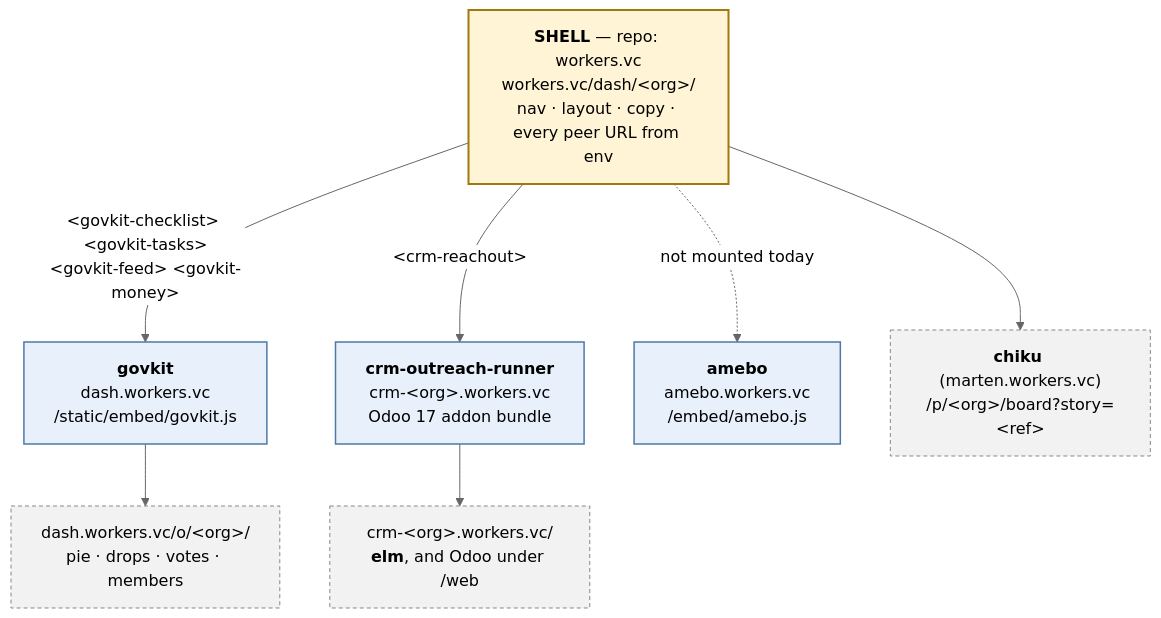
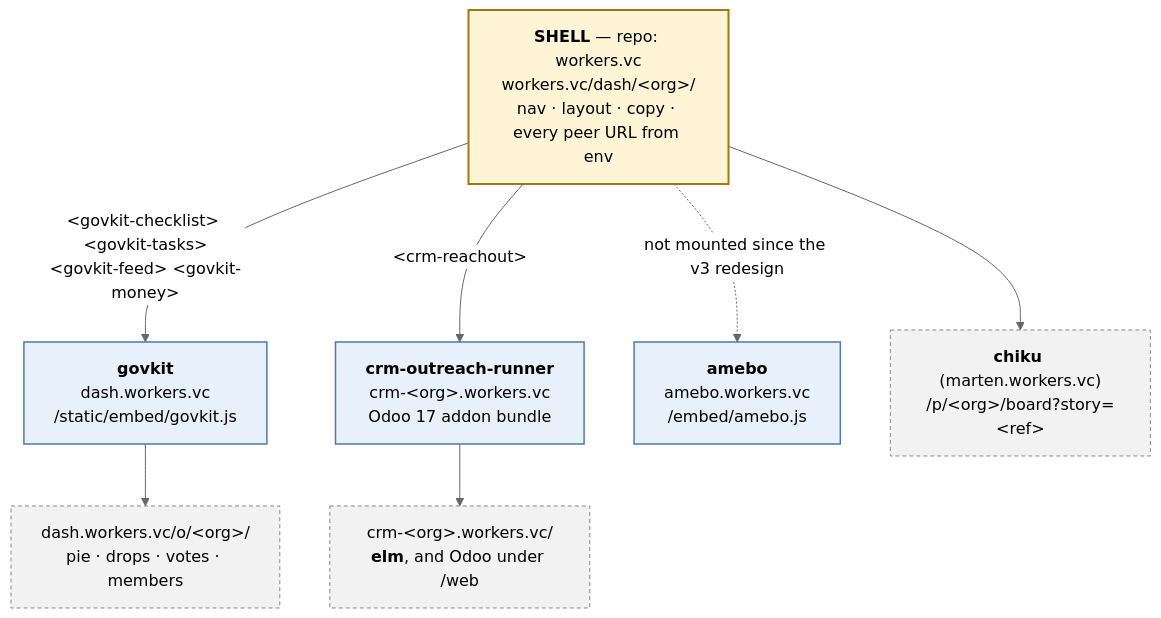
One commit to Cooperation-org/govkit changed the diagram in docs/COMPOSITION.md. Above: the diagram before and after it, drawn with Mermaid (neutral theme). The commit also changed other lines of this file and 5 other files, not shown here.

````diff
--- a/docs/COMPOSITION.md
+++ b/docs/COMPOSITION.md
@@ -21,23 +21,23 @@
 ```mermaid
 graph TD
     SHELL["<b>SHELL</b> — repo: workers.vc<br/>workers.vc/dash/&lt;org&gt;/<br/>nav · layout · copy · every peer URL from env"]
 
     GK["<b>govkit</b><br/>dash.workers.vc<br/>/static/embed/govkit.js"]
     CRM["<b>crm-outreach-runner</b><br/>crm-&lt;org&gt;.workers.vc<br/>Odoo 17 addon bundle"]
     AM["<b>amebo</b><br/>amebo.workers.vc<br/>/embed/amebo.js"]
 
     SHELL -->|"&lt;govkit-checklist&gt; &lt;govkit-tasks&gt;<br/>&lt;govkit-feed&gt; &lt;govkit-money&gt;"| GK
     SHELL -->|"&lt;crm-reachout&gt;"| CRM
-    SHELL -.->|"not mounted today"| AM
+    SHELL -.->|"not mounted since the v3 redesign"| AM
 
     GK --> GKX["dash.workers.vc/o/&lt;org&gt;/<br/>pie · drops · votes · members"]
     CRM --> CRMX["crm-&lt;org&gt;.workers.vc/<br/><b>elm</b>, and Odoo under /web"]
     SHELL --> CH["<b>chiku</b> (marten.workers.vc)<br/>/p/&lt;org&gt;/board?story=&lt;ref&gt;"]
 
     classDef shell fill:#fff4d6,stroke:#a3780a,stroke-width:2px
     classDef prov fill:#e8f0fb,stroke:#4e79a7,stroke-width:1.5px
     classDef exp fill:#f2f2f2,stroke:#888,stroke-dasharray:4 3
     class SHELL shell
     class GK,CRM,AM prov
     class GKX,CRMX,CH exp
 ```
````
